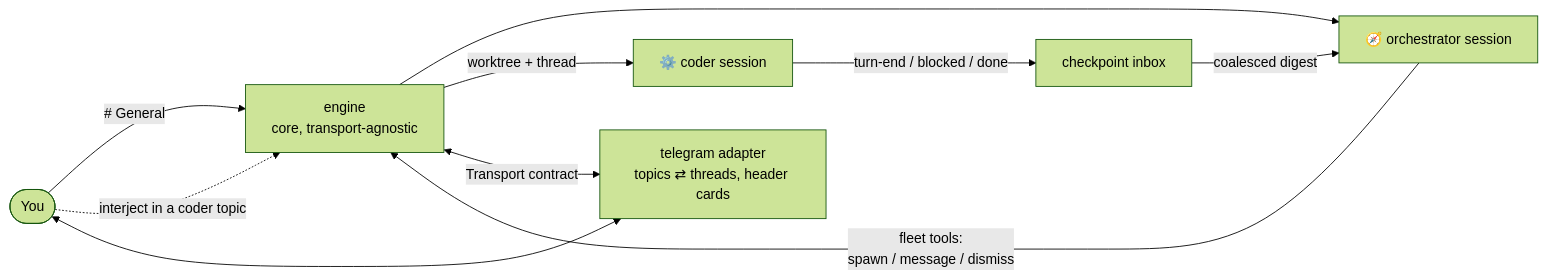
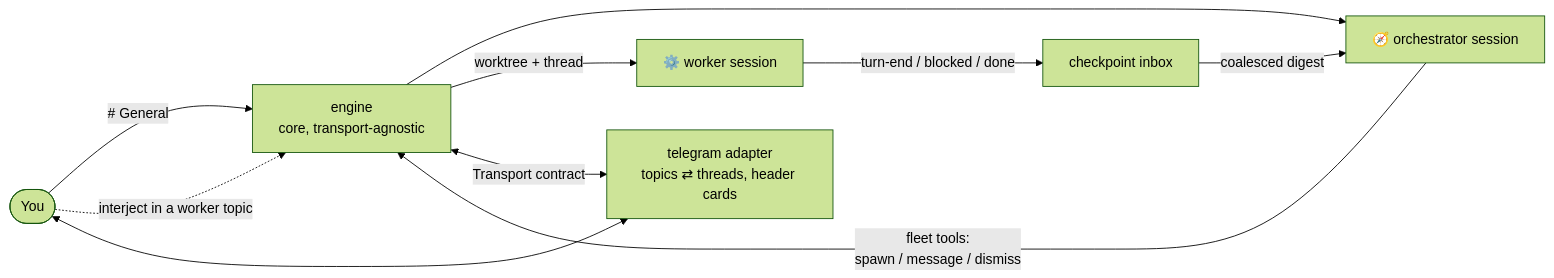
Before and after one commit to Dri-water/be-a-boss: the second of 3 diagrams in README.md, drawn with Mermaid (forest theme). The commit also changed other lines of this file and 20 other files, not shown here.

````diff
--- a/README.md
+++ b/README.md
@@ -68,12 +86,12 @@
 ```mermaid
 flowchart LR
     U([You]) -->|"# General"| ENG[engine<br/>core, transport-agnostic]
-    U -. "interject in a coder topic" .-> ENG
+    U -. "interject in a worker topic" .-> ENG
     ENG --> ORC["🧭 orchestrator session"]
     ORC -->|"fleet tools:<br/>spawn / message / dismiss"| ENG
-    ENG -->|worktree + thread| C1["⚙️ coder session"]
+    ENG -->|worktree + thread| C1["⚙️ worker session"]
     C1 -->|"turn-end / blocked / done"| SUP[checkpoint inbox]
     SUP -->|coalesced digest| ORC
     ENG <-->|Transport contract| TG[telegram adapter<br/>topics ⇄ threads, header cards]
     TG <--> U
 ```
````
